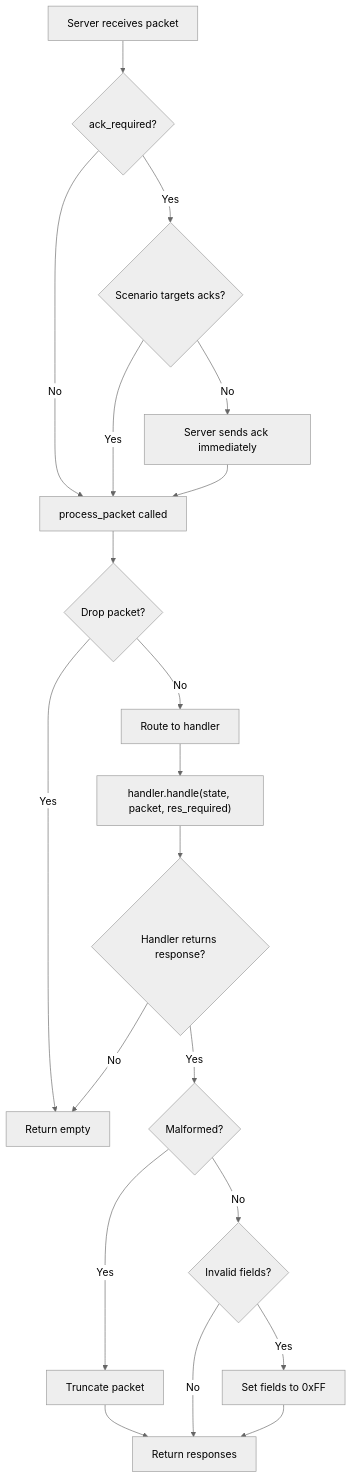
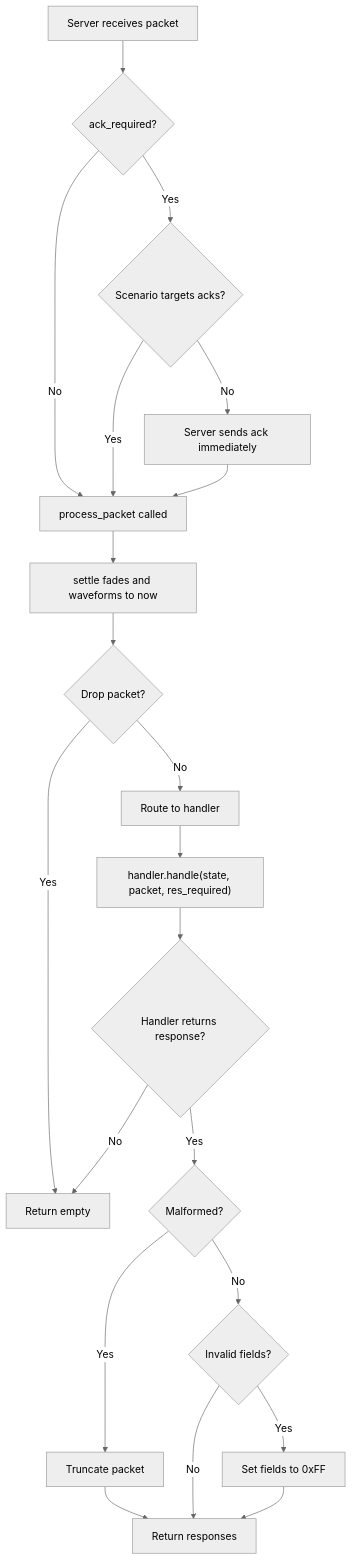
Before and after one commit to Djelibeybi/lifx-emulator: the diagram in docs/library/device.md, drawn with Mermaid (neutral theme). The commit also changed other lines of this file and 27 other files, not shown here.

````diff
--- a/docs/library/device.md
+++ b/docs/library/device.md
@@ -477,28 +524,29 @@
 ```mermaid
 graph TD
     S[Server receives packet] --> SA{ack_required?}
     SA -->|Yes| SB{Scenario targets acks?}
     SA -->|No| A
     SB -->|No| SC[Server sends ack immediately]
     SB -->|Yes| A
     SC --> A
 
-    A[process_packet called] --> B{Drop packet?}
+    A[process_packet called] --> A2[settle fades and waveforms to now]
+    A2 --> B{Drop packet?}
     B -->|Yes| L[Return empty]
     B -->|No| C[Route to handler]
 
     C --> D["handler.handle(state, packet, res_required)"]
     D --> E{Handler returns response?}
 
     E -->|No| L
     E -->|Yes| F{Malformed?}
 
     F -->|Yes| G[Truncate packet]
     F -->|No| H{Invalid fields?}
 
     G --> J[Return responses]
     H -->|Yes| I[Set fields to 0xFF]
     H -->|No| J
 
     I --> J
 ```
````
